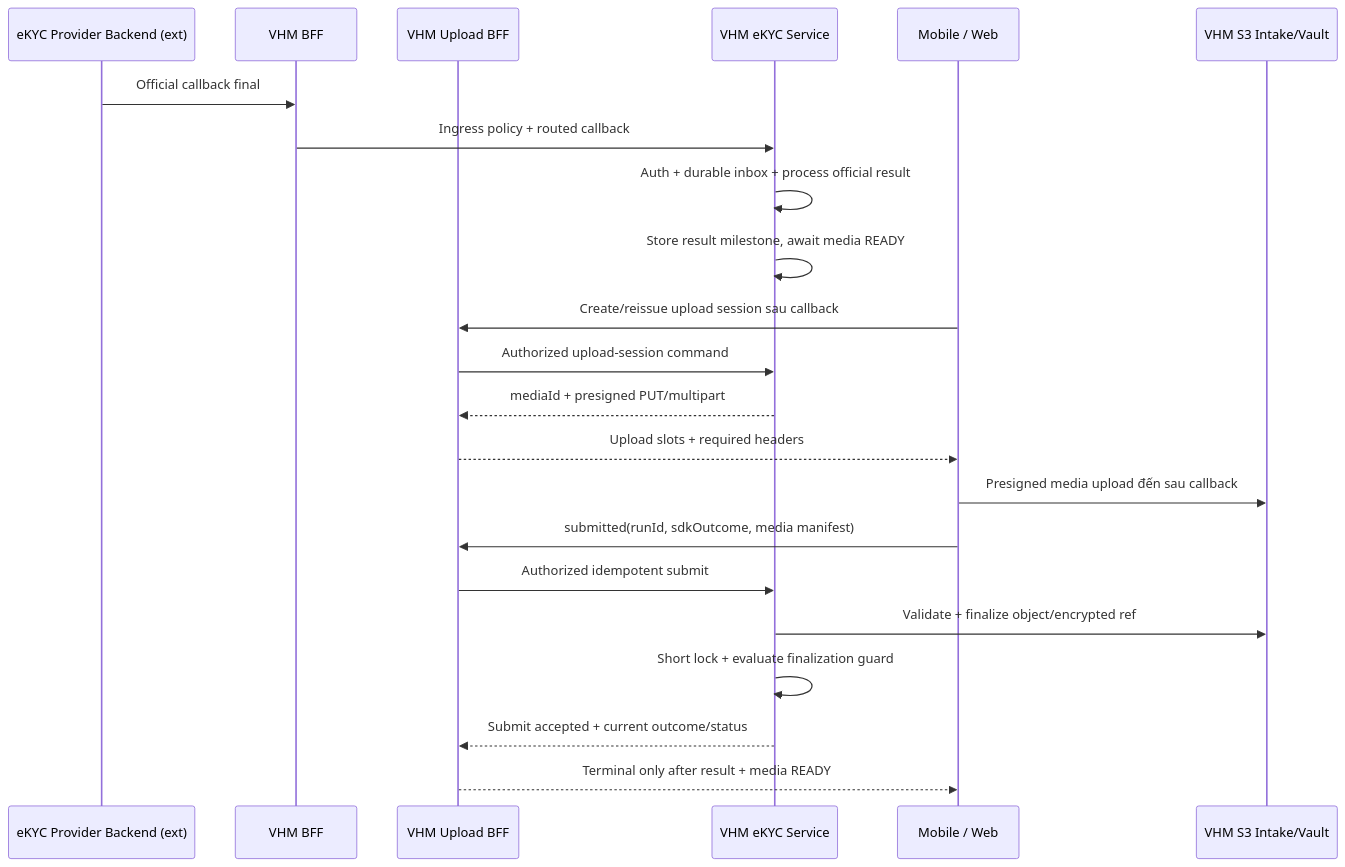
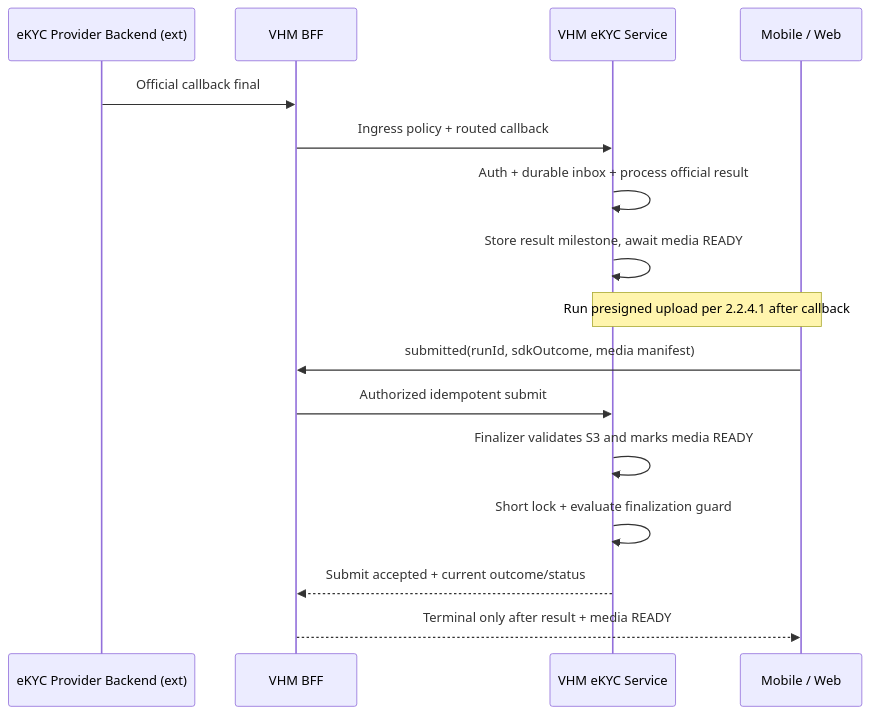
One commit to huynv-xyz/vhm changed diagram 15 of 19 in tdd2.md. Above: the diagram before and after it, drawn with Mermaid. The commit also changed other lines of this file, not shown here.

````diff
--- a/tdd2.md
+++ b/tdd2.md
@@ -1415,24 +1326,18 @@
 ```mermaid
 sequenceDiagram
     participant BACKEND as eKYC Provider Backend (ext)
     participant BFF as VHM BFF
-    participant UPLOAD_BFF as VHM Upload BFF
     participant EKYC_SERVICE as VHM eKYC Service
     participant CLIENT as Mobile / Web
-    participant S3 as VHM S3 Intake/Vault
     BACKEND->>BFF: Official callback final
     BFF->>EKYC_SERVICE: Ingress policy + routed callback
     EKYC_SERVICE->>EKYC_SERVICE: Auth + durable inbox + process official result
     EKYC_SERVICE->>EKYC_SERVICE: Store result milestone, await media READY
-    CLIENT->>UPLOAD_BFF: Create/reissue upload session sau callback
-    UPLOAD_BFF->>EKYC_SERVICE: Authorized upload-session command
-    EKYC_SERVICE-->>UPLOAD_BFF: mediaId + presigned PUT/multipart
-    UPLOAD_BFF-->>CLIENT: Upload slots + required headers
-    CLIENT->>S3: Presigned media upload đến sau callback
-    CLIENT->>UPLOAD_BFF: submitted(runId, sdkOutcome, media manifest)
-    UPLOAD_BFF->>EKYC_SERVICE: Authorized idempotent submit
-    EKYC_SERVICE->>S3: Validate + finalize object/encrypted ref
+    Note over CLIENT,EKYC_SERVICE: Run presigned upload per 2.2.4.1 after callback
+    CLIENT->>BFF: submitted(runId, sdkOutcome, media manifest)
+    BFF->>EKYC_SERVICE: Authorized idempotent submit
+    EKYC_SERVICE->>EKYC_SERVICE: Finalizer validates S3 and marks media READY
     EKYC_SERVICE->>EKYC_SERVICE: Short lock + evaluate finalization guard
-    EKYC_SERVICE-->>UPLOAD_BFF: Submit accepted + current outcome/status
-    UPLOAD_BFF-->>CLIENT: Terminal only after result + media READY
+    EKYC_SERVICE-->>BFF: Submit accepted + current outcome/status
+    BFF-->>CLIENT: Terminal only after result + media READY
 ```
````
